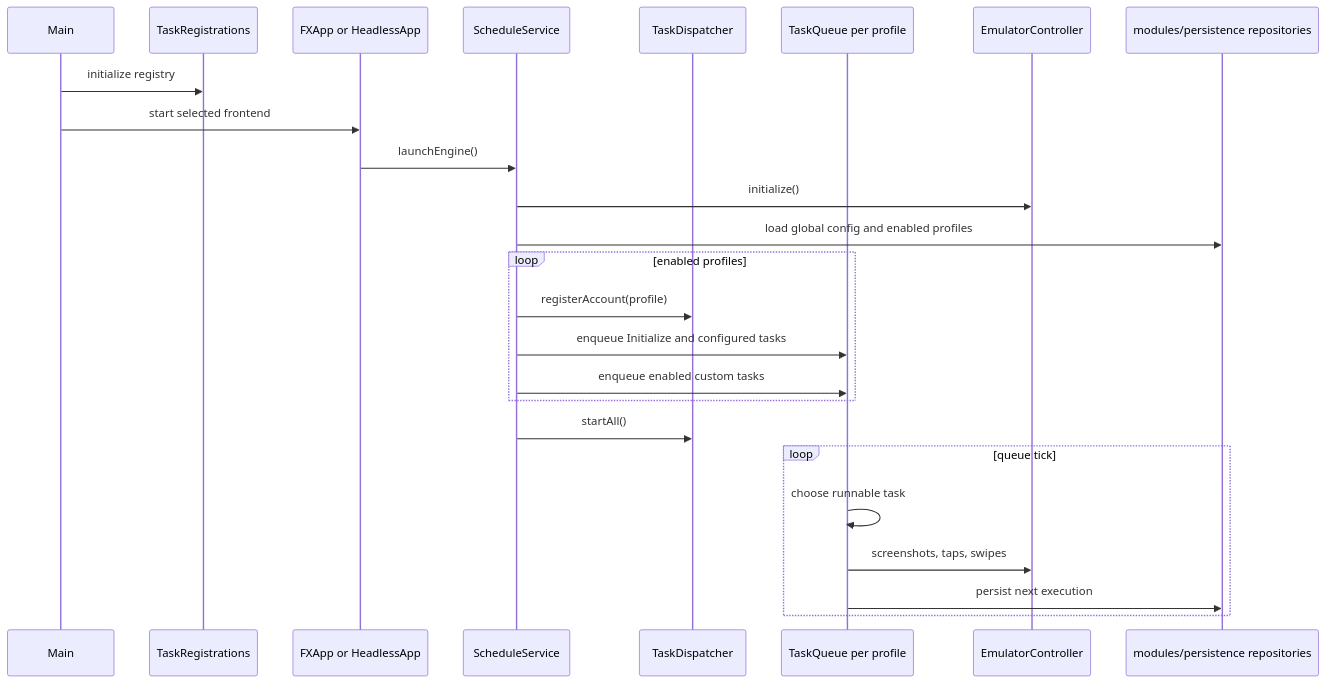
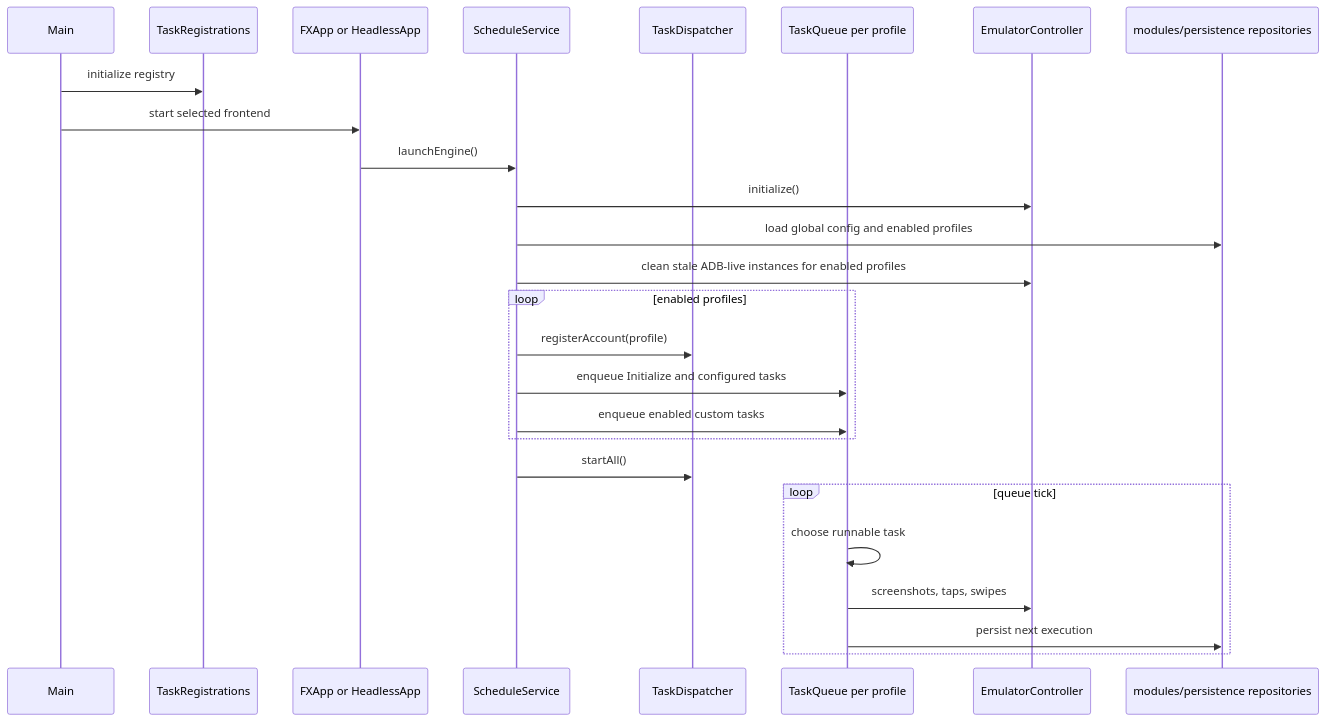
Before and after one commit to Shederator/wosbot: the third of 4 diagrams in docs/architecture.md, drawn with Mermaid. The commit also changed other lines of this file and 6 other files, not shown here.

Commit message:
feat(emulator): clean stale instances at engine startup

````diff
--- a/docs/architecture.md
+++ b/docs/architecture.md
@@ -177,28 +177,29 @@
 ```mermaid
 sequenceDiagram
     participant Main
     participant Tasks as TaskRegistrations
     participant UI as FXApp or HeadlessApp
     participant Scheduler as ScheduleService
     participant Dispatcher as TaskDispatcher
     participant Queue as TaskQueue per profile
     participant Emulator as EmulatorController
     participant DB as modules/persistence repositories
 
     Main->>Tasks: initialize registry
     Main->>UI: start selected frontend
     UI->>Scheduler: launchEngine()
     Scheduler->>Emulator: initialize()
     Scheduler->>DB: load global config and enabled profiles
+    Scheduler->>Emulator: clean stale ADB-live instances for enabled profiles
     loop enabled profiles
         Scheduler->>Dispatcher: registerAccount(profile)
         Scheduler->>Queue: enqueue Initialize and configured tasks
         Scheduler->>Queue: enqueue enabled custom tasks
     end
     Scheduler->>Dispatcher: startAll()
     loop queue tick
         Queue->>Queue: choose runnable task
         Queue->>Emulator: screenshots, taps, swipes
         Queue->>DB: persist next execution
     end
 ```
````
